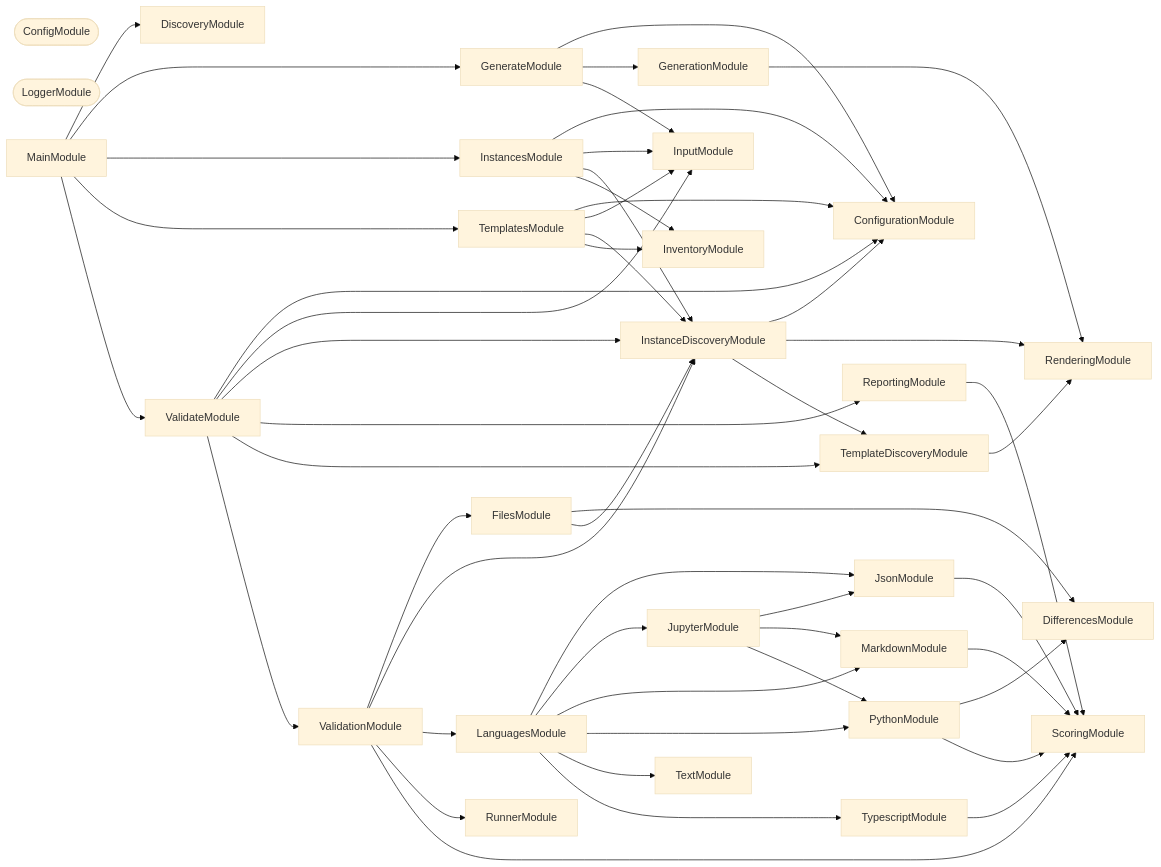
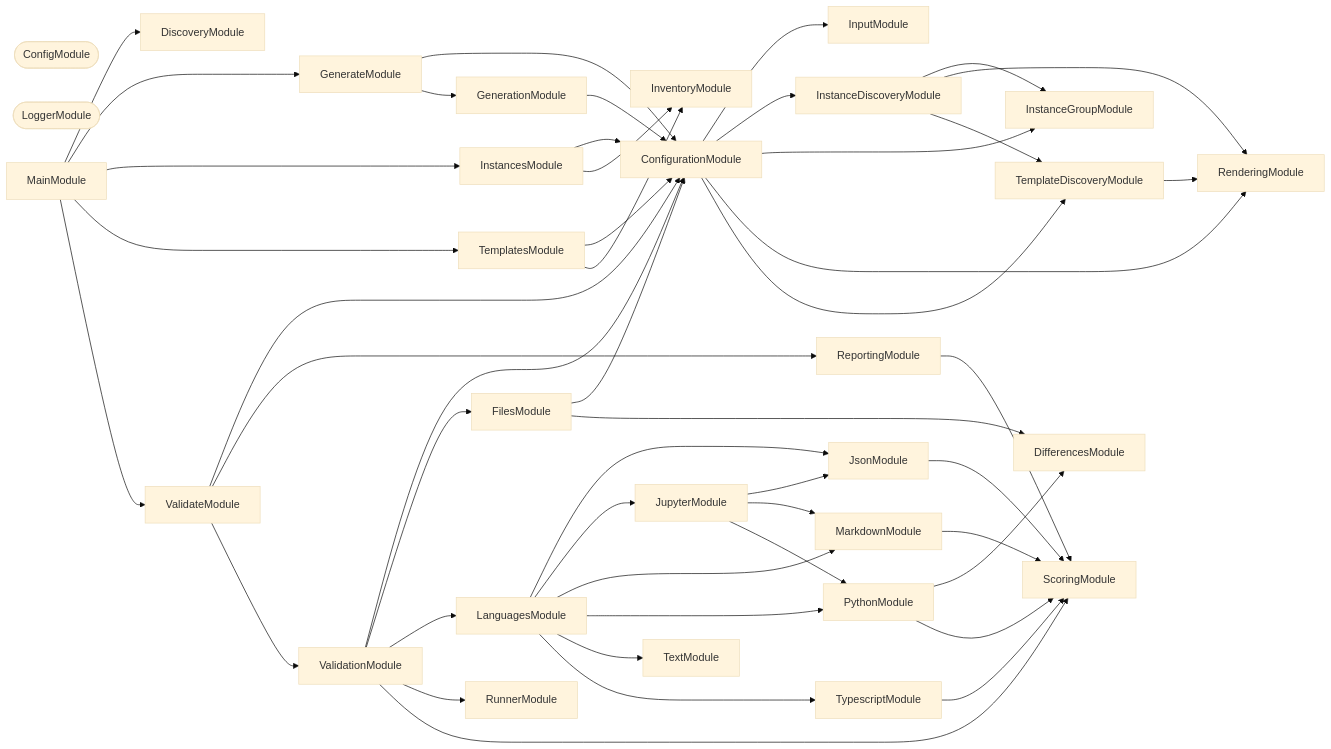
The second of 3 diagrams in packages/ic-suite/conformetry/conformetry-cli/README.md (JimmyPaolini/codebase), drawn with Mermaid (base theme) before and after one commit. The commit also changed 17 other files, not shown here.

````diff
--- a/packages/ic-suite/conformetry/conformetry-cli/README.md
+++ b/packages/ic-suite/conformetry/conformetry-cli/README.md
@@ -878,80 +878,78 @@
 ```mermaid
 flowchart LR
   ConfigModule([ConfigModule])
   ConfigurationModule
   DifferencesModule
   DiscoveryModule
   FilesModule
   GenerateModule
   GenerationModule
   InputModule
   InstanceDiscoveryModule
+  InstanceGroupModule
   InstancesModule
   InventoryModule
   JsonModule
   JupyterModule
   LanguagesModule
   LoggerModule([LoggerModule])
   MainModule
   MarkdownModule
   PythonModule
   RenderingModule
   ReportingModule
   RunnerModule
   ScoringModule
   TemplateDiscoveryModule
   TemplatesModule
   TextModule
   TypescriptModule
   ValidateModule
   ValidationModule
+  ConfigurationModule --> InputModule
+  ConfigurationModule --> InstanceDiscoveryModule
+  ConfigurationModule --> InstanceGroupModule
+  ConfigurationModule --> RenderingModule
+  ConfigurationModule --> TemplateDiscoveryModule
+  FilesModule --> ConfigurationModule
   FilesModule --> DifferencesModule
-  FilesModule --> InstanceDiscoveryModule
   GenerateModule --> ConfigurationModule
   GenerateModule --> GenerationModule
-  GenerateModule --> InputModule
-  GenerationModule --> RenderingModule
-  InstanceDiscoveryModule --> ConfigurationModule
+  GenerationModule --> ConfigurationModule
+  InstanceDiscoveryModule --> InstanceGroupModule
   InstanceDiscoveryModule --> RenderingModule
   InstanceDiscoveryModule --> TemplateDiscoveryModule
   InstancesModule --> ConfigurationModule
-  InstancesModule --> InputModule
-  InstancesModule --> InstanceDiscoveryModule
   InstancesModule --> InventoryModule
   JsonModule --> ScoringModule
   JupyterModule --> JsonModule
   JupyterModule --> MarkdownModule
   JupyterModule --> PythonModule
   LanguagesModule --> JsonModule
   LanguagesModule --> JupyterModule
   LanguagesModule --> MarkdownModule
   LanguagesModule --> PythonModule
   LanguagesModule --> TextModule
   LanguagesModule --> TypescriptModule
   MainModule --> DiscoveryModule
   MainModule --> GenerateModule
   MainModule --> InstancesModule
   MainModule --> TemplatesModule
   MainModule --> ValidateModule
   MarkdownModule --> ScoringModule
   PythonModule --> DifferencesModule
   PythonModule --> ScoringModule
   ReportingModule --> ScoringModule
   TemplateDiscoveryModule --> RenderingModule
   TemplatesModule --> ConfigurationModule
-  TemplatesModule --> InputModule
-  TemplatesModule --> InstanceDiscoveryModule
   TemplatesModule --> InventoryModule
   TypescriptModule --> ScoringModule
   ValidateModule --> ConfigurationModule
-  ValidateModule --> InputModule
-  ValidateModule --> InstanceDiscoveryModule
   ValidateModule --> ReportingModule
-  ValidateModule --> TemplateDiscoveryModule
   ValidateModule --> ValidationModule
+  ValidationModule --> ConfigurationModule
   ValidationModule --> FilesModule
-  ValidationModule --> InstanceDiscoveryModule
   ValidationModule --> LanguagesModule
   ValidationModule --> RunnerModule
   ValidationModule --> ScoringModule
 ```
````
